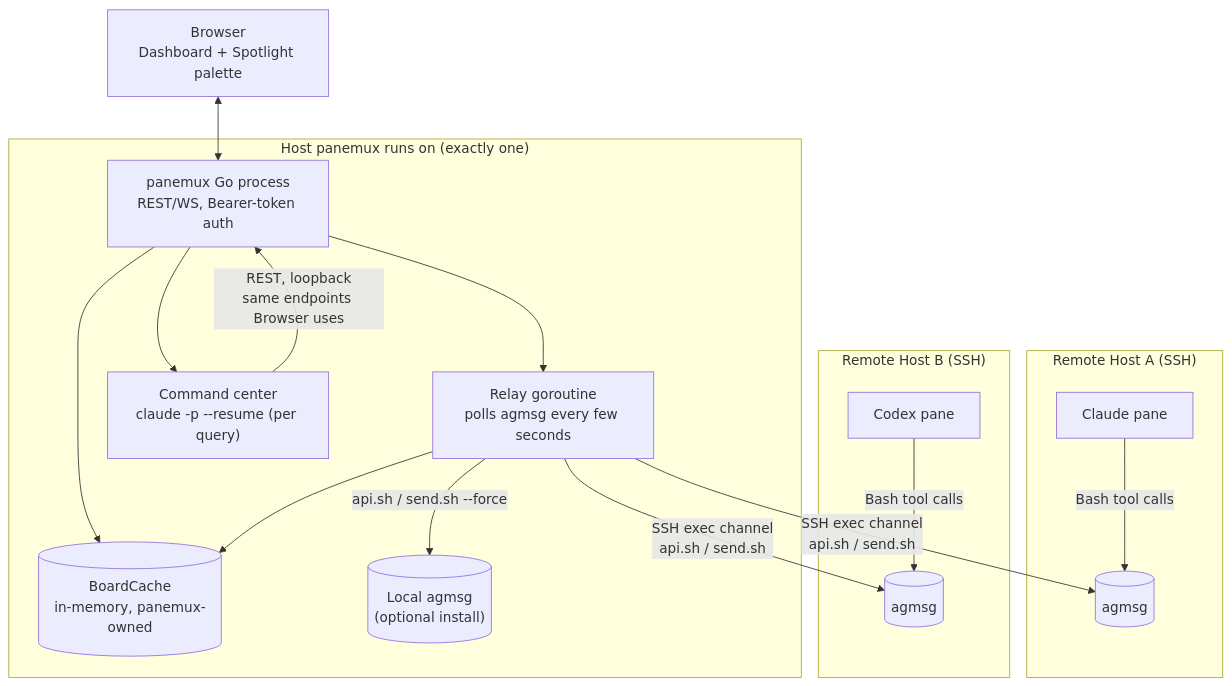
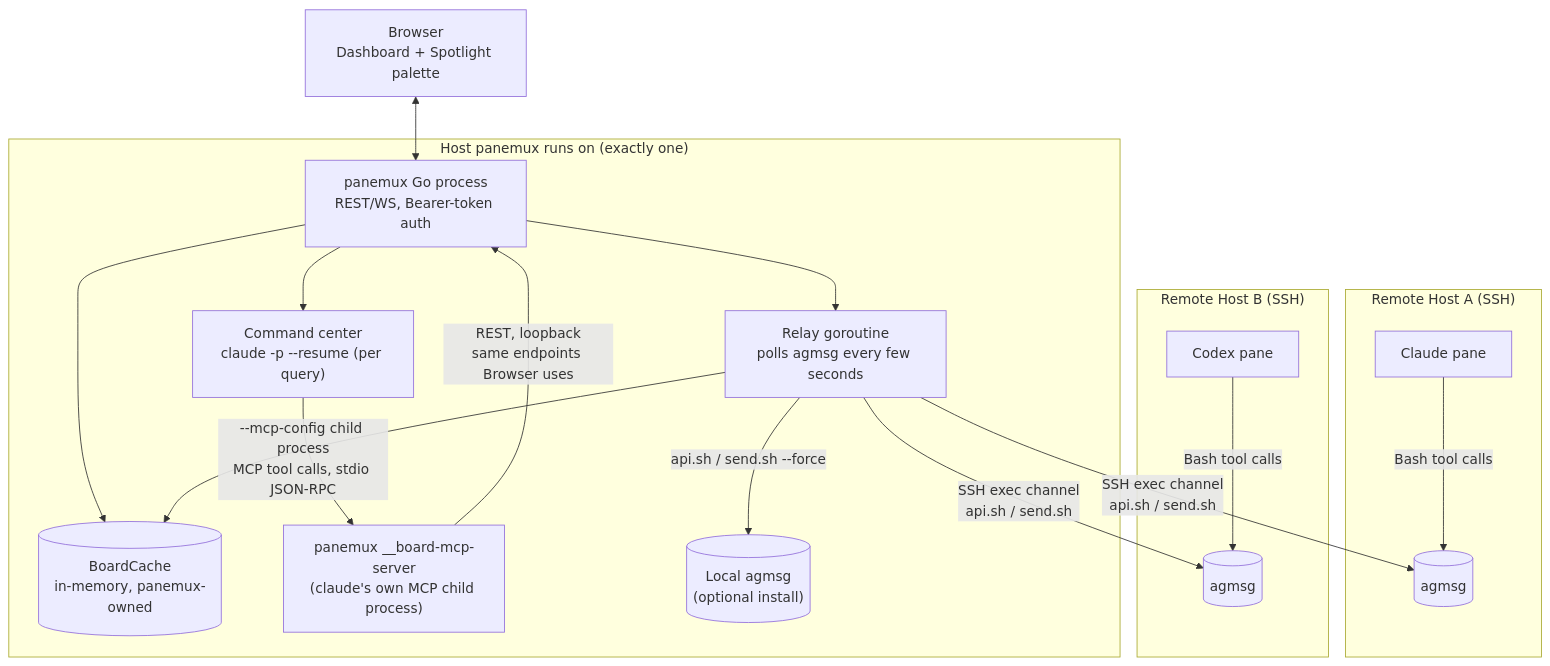
The first of 4 diagrams in docs/agent-board.md (tomo-chan/panemux), drawn with Mermaid before and after one commit. The commit also changed other lines of this file and 45 other files, not shown here.

First line of the commit message:
feat: implement Agent Board command center (issue #165 Phase 2) (#170)

````diff
--- a/docs/agent-board.md
+++ b/docs/agent-board.md
@@ -178,34 +207,36 @@
 ```mermaid
 flowchart TB
     Browser["Browser<br/>Dashboard + Spotlight palette"]
 
     subgraph Local["Host panemux runs on (exactly one)"]
         Server["panemux Go process<br/>REST/WS, Bearer-token auth"]
         Relay["Relay goroutine<br/>polls agmsg every few seconds"]
         Cache[("BoardCache<br/>in-memory, panemux-owned")]
         CmdCenter["Command center<br/>claude -p --resume (per query)"]
+        McpServer["panemux __board-mcp-server<br/>(claude's own MCP child process)"]
         LocalAgmsg[("Local agmsg<br/>(optional install)")]
     end
 
     subgraph HostA["Remote Host A (SSH)"]
         AgmsgA[("agmsg")]
         ClaudeA["Claude pane"]
     end
 
     subgraph HostB["Remote Host B (SSH)"]
         AgmsgB[("agmsg")]
         CodexB["Codex pane"]
     end
 
     Browser <--> Server
     Server --> Relay
     Server --> CmdCenter
     Server --> Cache
-    CmdCenter -->|"REST, loopback<br/>same endpoints Browser uses"| Server
+    CmdCenter -->|"--mcp-config child process<br/>MCP tool calls, stdio JSON-RPC"| McpServer
+    McpServer -->|"REST, loopback<br/>same endpoints Browser uses"| Server
     Relay --> Cache
     Relay -->|"api.sh / send.sh --force"| LocalAgmsg
     Relay -->|"SSH exec channel<br/>api.sh / send.sh"| AgmsgA
     Relay -->|"SSH exec channel<br/>api.sh / send.sh"| AgmsgB
     ClaudeA -->|"Bash tool calls"| AgmsgA
     CodexB -->|"Bash tool calls"| AgmsgB
 ```
````
